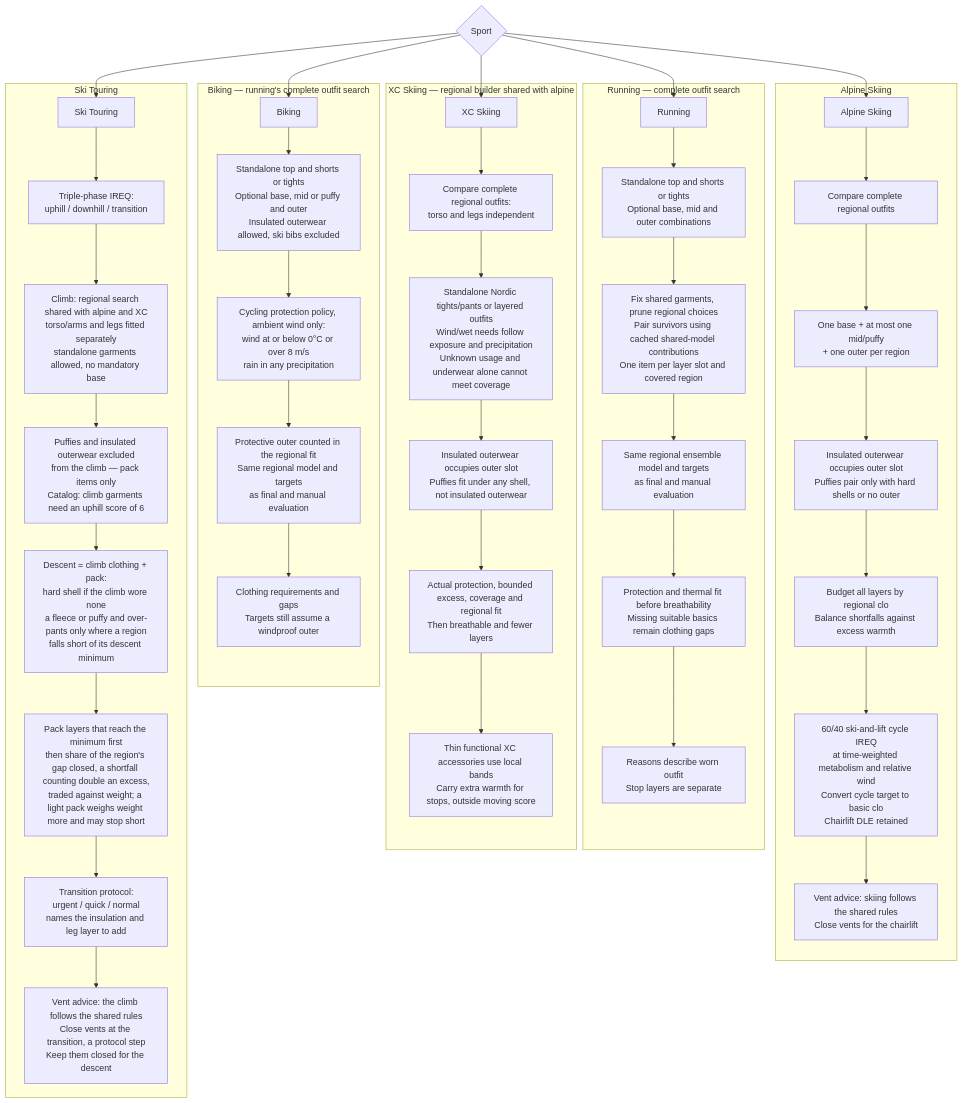
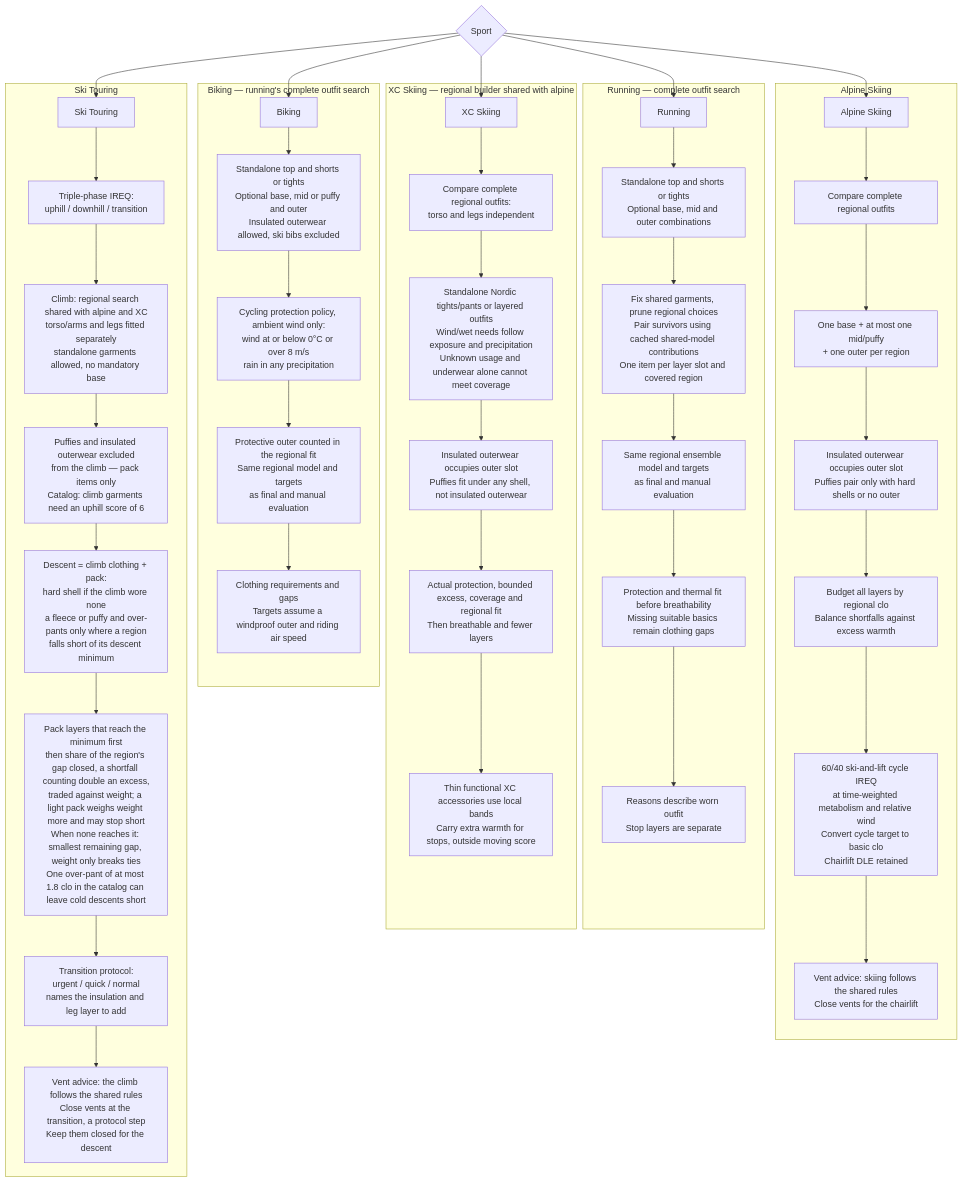
One commit to derobertsw/swttr changed the fourth of 7 diagrams in README.md. Above: the diagram before and after it, drawn with Mermaid. The commit also changed other lines of this file and 23 other files, not shown here.

First line of the commit message:
Calibrate cycling and the touring climb's metabolic rate, air speed and margins (#374) (#409)

````diff
--- a/README.md
+++ b/README.md
@@ -181,50 +185,50 @@
 ```mermaid
 graph TD
     SPORT{Sport} --> RUN[Running]
     SPORT --> BIKE[Biking]
     SPORT --> ALP[Alpine Skiing]
     SPORT --> XC[XC Skiing]
     SPORT --> TOUR[Ski Touring]
 
     subgraph "Running — complete outfit search"
         RUN --> R1[Standalone top and shorts or tights<br/>Optional base, mid and outer combinations]
         R1 --> R2[Fix shared garments, prune regional choices<br/>Pair survivors using cached shared-model contributions<br/>One item per layer slot and covered region]
         R2 --> R3[Same regional ensemble model and targets<br/>as final and manual evaluation]
         R3 --> R4[Protection and thermal fit before breathability<br/>Missing suitable basics remain clothing gaps]
         R4 --> R5[Reasons describe worn outfit<br/>Stop layers are separate]
     end
 
     subgraph "Biking — running's complete outfit search"
         BIKE --> B1[Standalone top and shorts or tights<br/>Optional base, mid or puffy and outer<br/>Insulated outerwear allowed, ski bibs excluded]
         B1 --> B2[Cycling protection policy, ambient wind only:<br/>wind at or below 0°C or over 8 m/s<br/>rain in any precipitation]
         B2 --> B3[Protective outer counted in the regional fit<br/>Same regional model and targets<br/>as final and manual evaluation]
-        B3 --> B4[Clothing requirements and gaps<br/>Targets still assume a windproof outer]
+        B3 --> B4[Clothing requirements and gaps<br/>Targets assume a windproof outer and riding air speed]
     end
 
     subgraph "Alpine Skiing"
         ALP --> A1[Compare complete regional outfits]
         A1 --> A2[One base + at most one mid/puffy<br/>+ one outer per region]
         A2 --> A3[Insulated outerwear occupies outer slot<br/>Puffies pair only with hard shells or no outer]
         A3 --> A4[Budget all layers by regional clo<br/>Balance shortfalls against excess warmth]
         A4 --> A5[60/40 ski-and-lift cycle IREQ<br/>at time-weighted metabolism and relative wind<br/>Convert cycle target to basic clo<br/>Chairlift DLE retained]
         A5 --> A6[Vent advice: skiing follows the shared rules<br/>Close vents for the chairlift]
     end
 
     subgraph "XC Skiing — regional builder shared with alpine"
         XC --> X1[Compare complete regional outfits:<br/>torso and legs independent]
         X1 --> X2[Standalone Nordic tights/pants or layered outfits<br/>Wind/wet needs follow exposure and precipitation<br/>Unknown usage and underwear alone cannot meet coverage]
         X2 --> X3[Insulated outerwear occupies outer slot<br/>Puffies fit under any shell, not insulated outerwear]
         X3 --> X4[Actual protection, bounded excess, coverage and regional fit<br/>Then breathable and fewer layers]
         X4 --> X5[Thin functional XC accessories use local bands<br/>Carry extra warmth for stops, outside moving score]
     end
 
     subgraph "Ski Touring"
         TOUR --> T1a[Triple-phase IREQ:<br/>uphill / downhill / transition]
         T1a --> T2a[Climb: regional search shared with alpine and XC<br/>torso/arms and legs fitted separately<br/>standalone garments allowed, no mandatory base]
         T2a --> T3a[Puffies and insulated outerwear excluded<br/>from the climb — pack items only<br/>Catalog: climb garments need an uphill score of 6]
         T3a --> T4a[Descent = climb clothing + pack:<br/>hard shell if the climb wore none<br/>a fleece or puffy and over-pants only where a region<br/>falls short of its descent minimum]
-        T4a --> T6a[Pack layers that reach the minimum first<br/>then share of the region's gap closed, a shortfall counting double an excess,<br/>traded against weight; a light pack weighs weight more and may stop short]
+        T4a --> T6a[Pack layers that reach the minimum first<br/>then share of the region's gap closed, a shortfall counting double an excess,<br/>traded against weight; a light pack weighs weight more and may stop short<br/>When none reaches it: smallest remaining gap, weight only breaks ties<br/>One over-pant of at most 1.8 clo in the catalog can leave cold descents short]
         T6a --> T5a[Transition protocol:<br/>urgent / quick / normal<br/>names the insulation and leg layer to add]
         T5a --> T7a[Vent advice: the climb follows the shared rules<br/>Close vents at the transition, a protocol step<br/>Keep them closed for the descent]
     end
 ```
````
